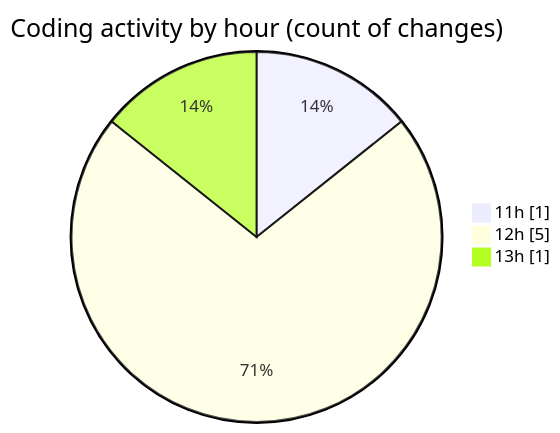
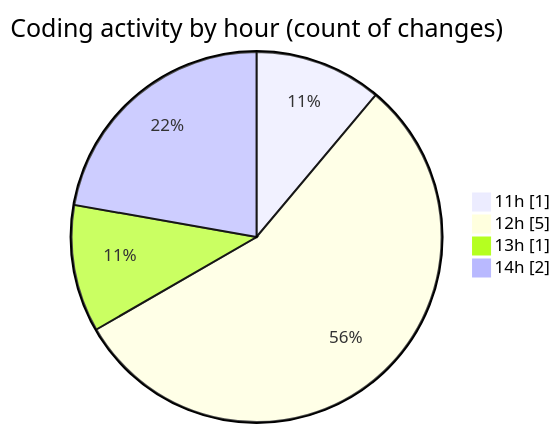
The second of 2 diagrams in 2025-11-13/argos/README.md (nxtqubesakshisongat/code-tracking), drawn with Mermaid before and after one commit. The commit also changed other lines of this file and 1 other file, not shown here.

````diff
--- a/2025-11-13/argos/README.md
+++ b/2025-11-13/argos/README.md
@@ -29,7 +31,8 @@
 ```mermaid
 pie showData
 title Coding activity by hour (count of changes)
 "11h" : 1
 "12h" : 5
 "13h" : 1
+"14h" : 2
 ```
````
